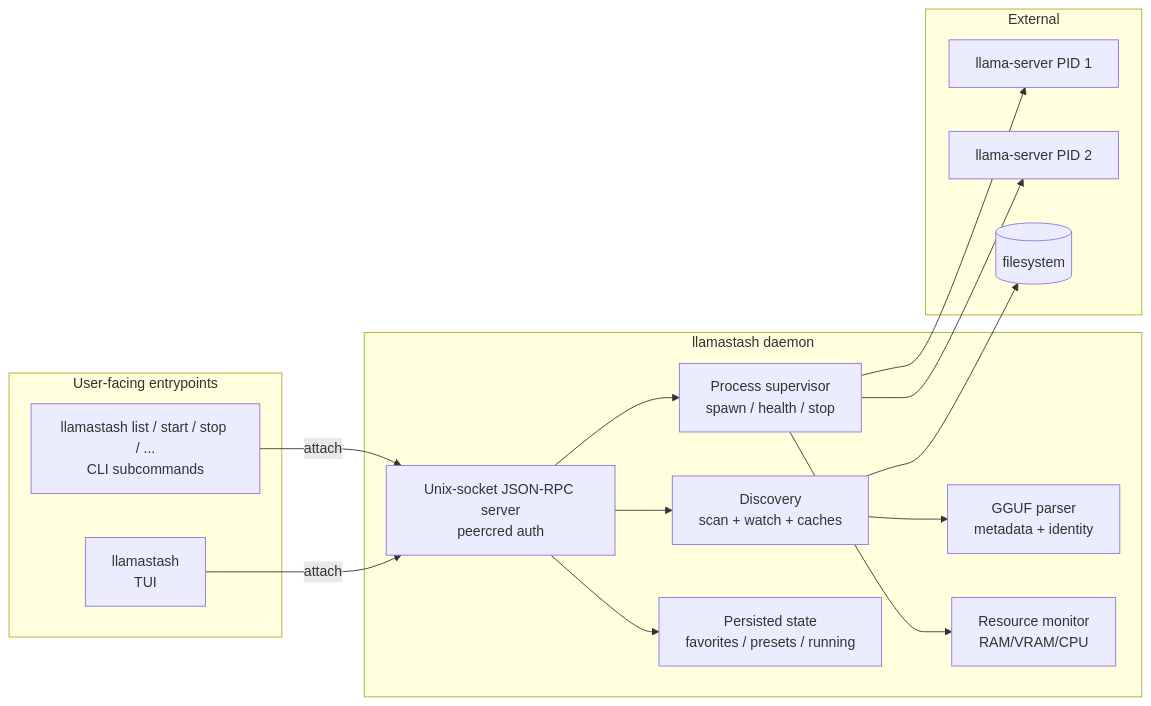
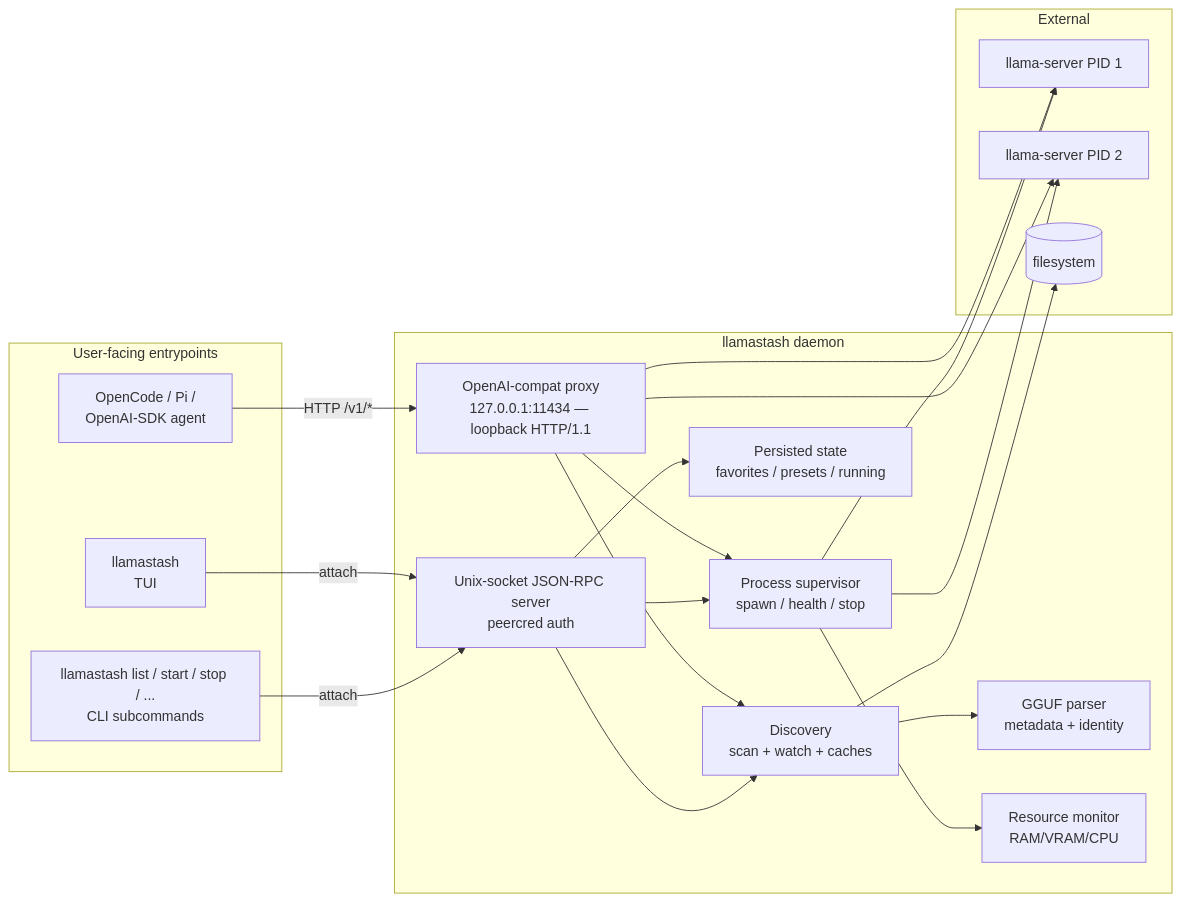
The first of 2 diagrams in docs/architecture.md (damiensawyer/llamastash), drawn with Mermaid before and after one commit. The commit also changed other lines of this file and 8 other files, not shown here.

First line of the commit message:
docs(proxy): README + usage + architecture + smoke runbook

````diff
--- a/docs/architecture.md
+++ b/docs/architecture.md
@@ -34,33 +34,40 @@
 ```mermaid
 flowchart LR
     subgraph user[User-facing entrypoints]
         TUI[llamastash<br/>TUI]
         CLI[llamastash list / start / stop / ...<br/>CLI subcommands]
+        AGENT[OpenCode / Pi /<br/>OpenAI-SDK agent]
     end
 
     subgraph daemon[llamastash daemon]
         IPC[Unix-socket JSON-RPC server<br/>peercred auth]
+        PROXY[OpenAI-compat proxy<br/>127.0.0.1:11434 — loopback HTTP/1.1]
         SCAN[Discovery<br/>scan + watch + caches]
         GGUF[GGUF parser<br/>metadata + identity]
         SUP[Process supervisor<br/>spawn / health / stop]
         RES[Resource monitor<br/>RAM/VRAM/CPU]
         STATE[Persisted state<br/>favorites / presets / running]
     end
 
     subgraph external[External]
         LS1[llama-server PID 1]
         LS2[llama-server PID 2]
         FS[(filesystem)]
     end
 
     TUI -- attach --> IPC
     CLI -- attach --> IPC
+    AGENT -- HTTP /v1/* --> PROXY
+    PROXY --> SUP
+    PROXY --> SCAN
+    PROXY --> LS1
+    PROXY --> LS2
     IPC --> SCAN
     IPC --> SUP
     IPC --> STATE
     SCAN --> GGUF
     SCAN --> FS
     SUP --> LS1
     SUP --> LS2
     SUP --> RES
 ```
````
